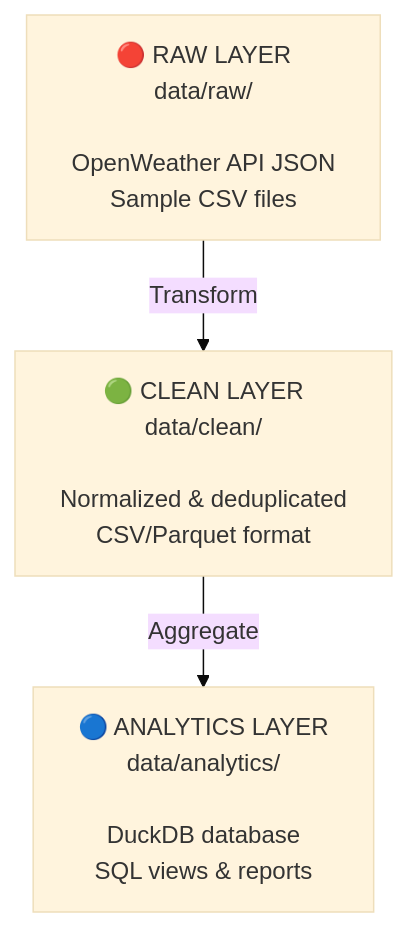
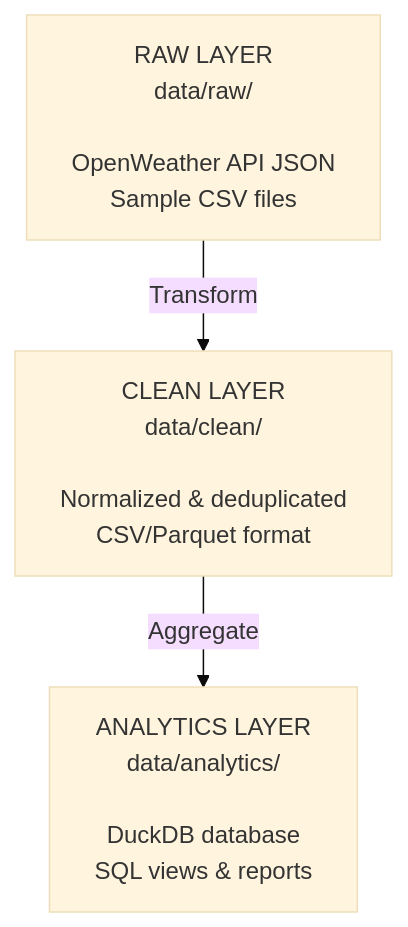
The first of 2 diagrams in README.md (GRamos199/data-lakehouse-simulation), drawn with Mermaid (base theme) before and after one commit.

Commit message:
fix: Remove color indicators from lakehouse architecture diagram for consistency

````diff
--- a/README.md
+++ b/README.md
@@ -41,6 +41,6 @@
 ```mermaid
 graph TD
-    A["🔴 RAW LAYER<br/>data/raw/<br/><br/>OpenWeather API JSON<br/>Sample CSV files"] -->|Transform| B["🟢 CLEAN LAYER<br/>data/clean/<br/><br/>Normalized & deduplicated<br/>CSV/Parquet format"]
-    B -->|Aggregate| C["🔵 ANALYTICS LAYER<br/>data/analytics/<br/><br/>DuckDB database<br/>SQL views & reports"]
+    A["RAW LAYER<br/>data/raw/<br/><br/>OpenWeather API JSON<br/>Sample CSV files"] -->|Transform| B["CLEAN LAYER<br/>data/clean/<br/><br/>Normalized & deduplicated<br/>CSV/Parquet format"]
+    B -->|Aggregate| C["ANALYTICS LAYER<br/>data/analytics/<br/><br/>DuckDB database<br/>SQL views & reports"]
     
 ```
````
